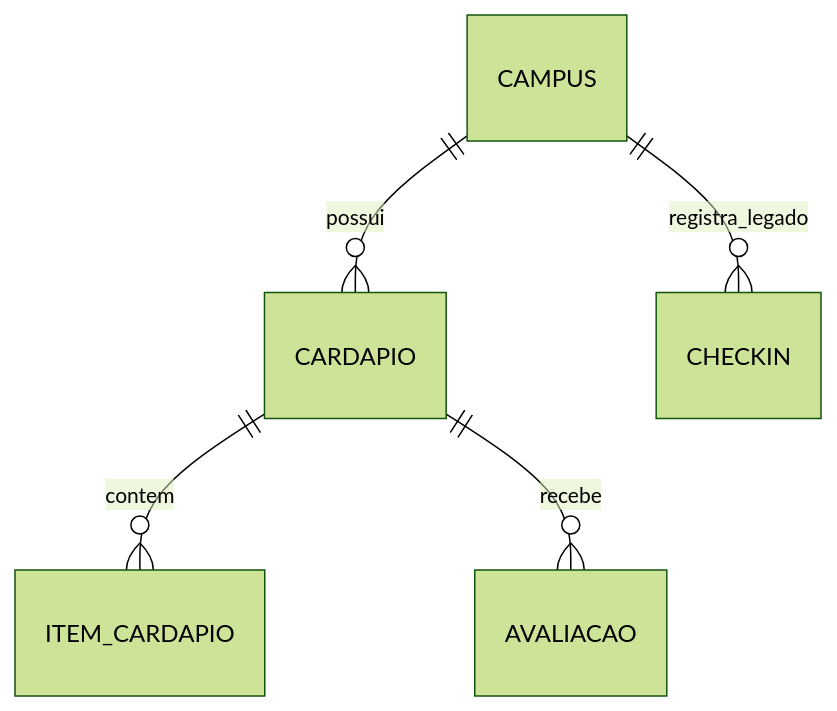
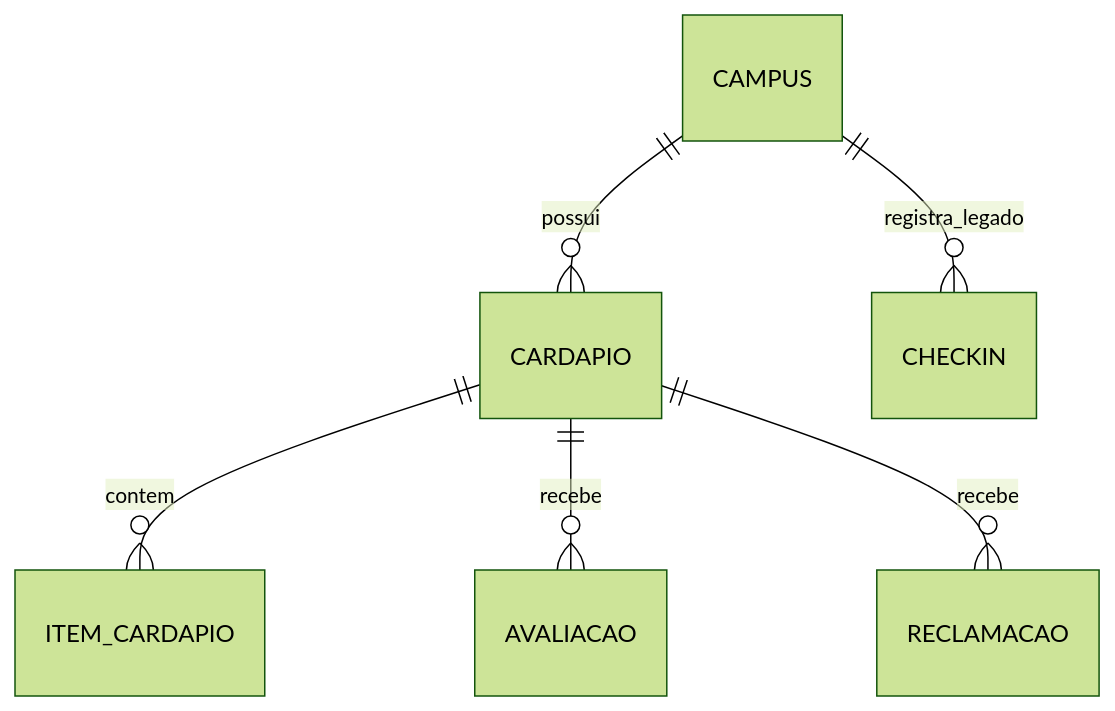
The third of 3 diagrams in docs/Arquitetura.md (unb-mds/2026-2-Bandejao), drawn with Mermaid (forest theme) before and after one commit. The commit also changed other lines of this file and 11 other files, not shown here.

````diff
--- a/docs/Arquitetura.md
+++ b/docs/Arquitetura.md
@@ -89,7 +89,8 @@
 ```mermaid
 erDiagram
     CAMPUS ||--o{ CARDAPIO : possui
     CARDAPIO ||--o{ ITEM_CARDAPIO : contem
     CARDAPIO ||--o{ AVALIACAO : recebe
+    CARDAPIO ||--o{ RECLAMACAO : recebe
     CAMPUS ||--o{ CHECKIN : registra_legado
 ```
````
